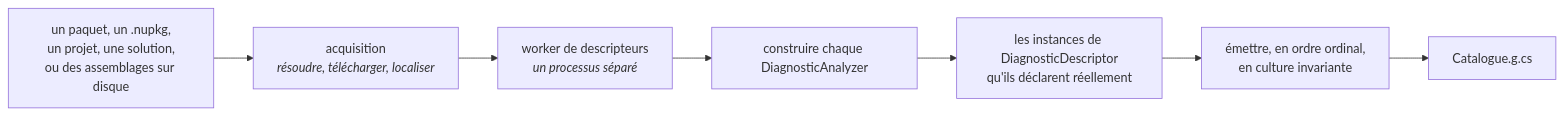
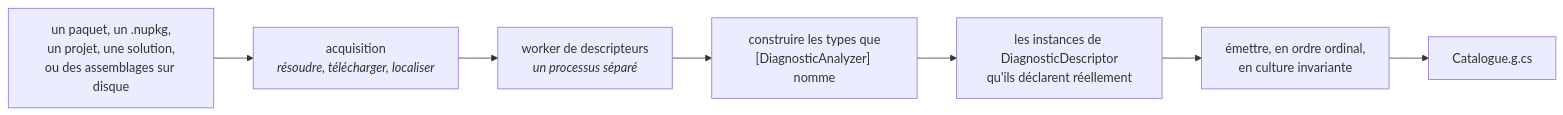
One commit to Reefact/diagnostic-catalog changed the first of 2 diagrams in doc/guide/dcat.fr.md. Above: the diagram before and after it, drawn with Mermaid. The commit also changed other lines of this file and 21 other files, not shown here.

````diff
--- a/doc/guide/dcat.fr.md
+++ b/doc/guide/dcat.fr.md
@@ -46,10 +52,10 @@
 ```mermaid
 flowchart LR
     SRC["un paquet, un .nupkg,<br/>un projet, une solution,<br/>ou des assemblages sur disque"]
     SRC --> ACQ["acquisition<br/><i>résoudre, télécharger, localiser</i>"]
     ACQ --> WORK["worker de descripteurs<br/><i>un processus séparé</i>"]
-    WORK --> CTOR["construire chaque DiagnosticAnalyzer"]
+    WORK --> CTOR["construire les types que<br/>[DiagnosticAnalyzer] nomme"]
     CTOR --> DESC["les instances de DiagnosticDescriptor<br/>qu'ils déclarent réellement"]
     DESC --> EMIT["émettre, en ordre ordinal,<br/>en culture invariante"]
     EMIT --> OUT["Catalogue.g.cs"]
 ```
````
